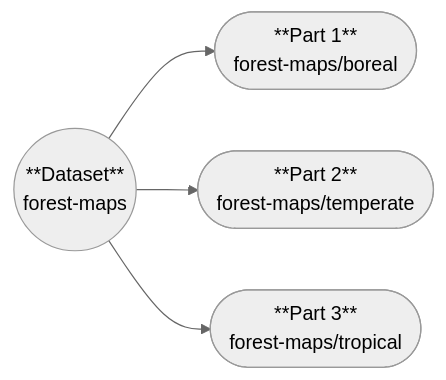
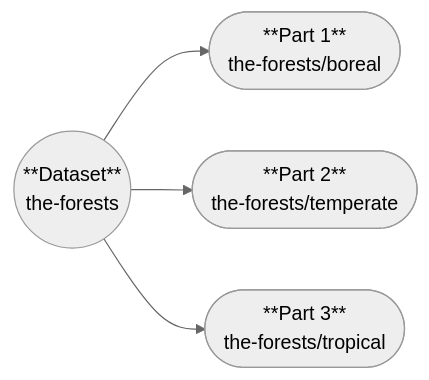
Before and after one commit to p2p-ld/sciop: the fourth of 5 diagrams in docs/using/browsing.md, drawn with Mermaid (neutral theme). The commit also changed other lines of this file, not shown here.

Commit message:
why would it be the-ocean and not the forests

````diff
--- a/docs/using/browsing.md
+++ b/docs/using/browsing.md
@@ -85,8 +85,8 @@
 ```mermaid
 flowchart LR
     D1(("**Dataset**
-    forest-maps")) --> DP1(["**Part 1**
-    forest-maps/boreal"]) & DP2(["**Part 2**
-    forest-maps/temperate"]) & DP3(["**Part 3**
-    forest-maps/tropical"])
+    the-forests")) --> DP1(["**Part 1**
+    the-forests/boreal"]) & DP2(["**Part 2**
+    the-forests/temperate"]) & DP3(["**Part 3**
+    the-forests/tropical"])
 ```
````
